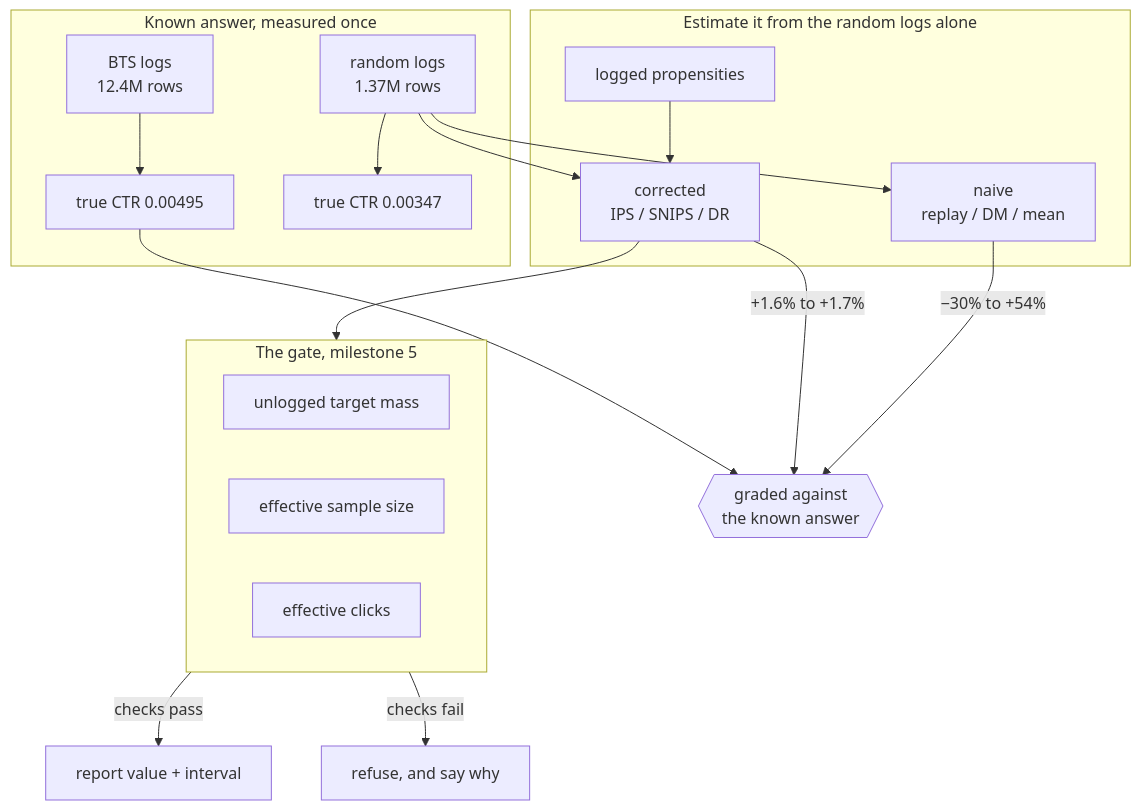
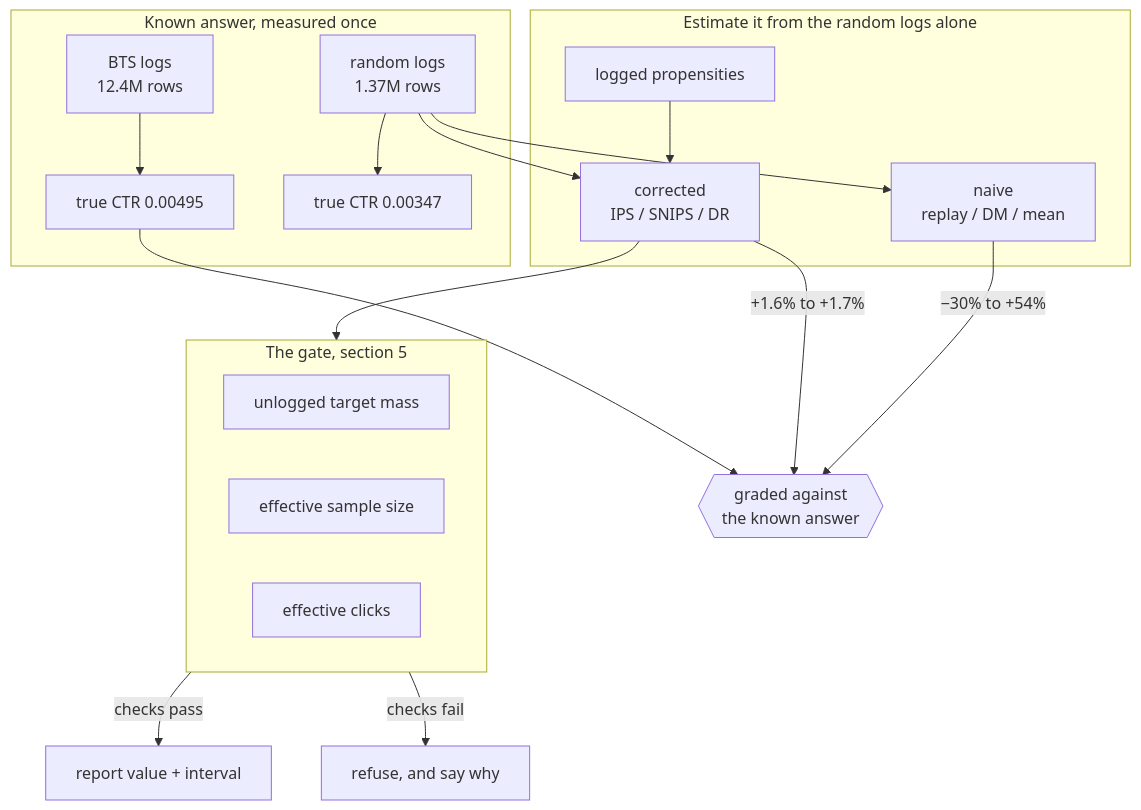
One commit to aghasalim/recsys-offline-online changed the diagram in notes/METHODS.md. Above: the diagram before and after it, drawn with Mermaid. The commit also changed other lines of this file and 8 other files, not shown here.

````diff
--- a/notes/METHODS.md
+++ b/notes/METHODS.md
@@ -29,23 +29,23 @@
 ```mermaid
 flowchart TB
     subgraph T["Known answer, measured once"]
         A[BTS logs<br/>12.4M rows] --> B[true CTR 0.00495]
         C[random logs<br/>1.37M rows] --> D[true CTR 0.00347]
     end
     subgraph E["Estimate it from the random logs alone"]
         C --> F[naive<br/>replay / DM / mean]
         C --> G[corrected<br/>IPS / SNIPS / DR]
         H[logged propensities] --> G
     end
     F -->|−30% to +54%| I{{graded against<br/>the known answer}}
     G -->|+1.6% to +1.7%| I
     B --> I
-    subgraph J["The gate, milestone 5"]
+    subgraph J["The gate, section 5"]
         K[unlogged target mass]
         L[effective sample size]
         M[effective clicks]
     end
     G --> J
     J -->|checks pass| N[report value + interval]
     J -->|checks fail| O[refuse, and say why]
 ```
````
